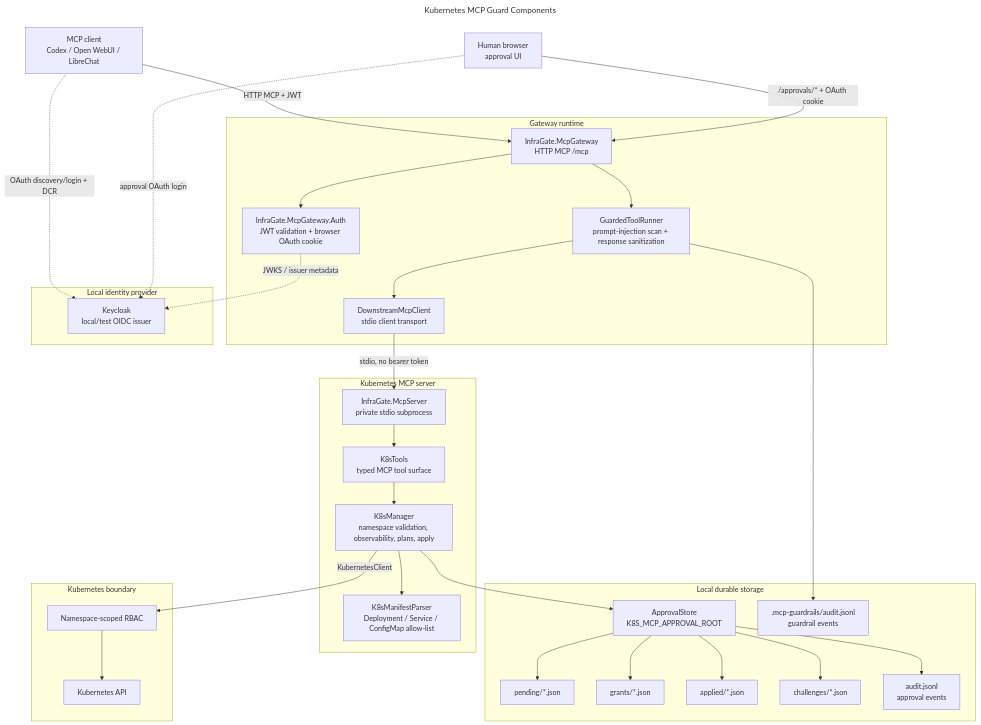
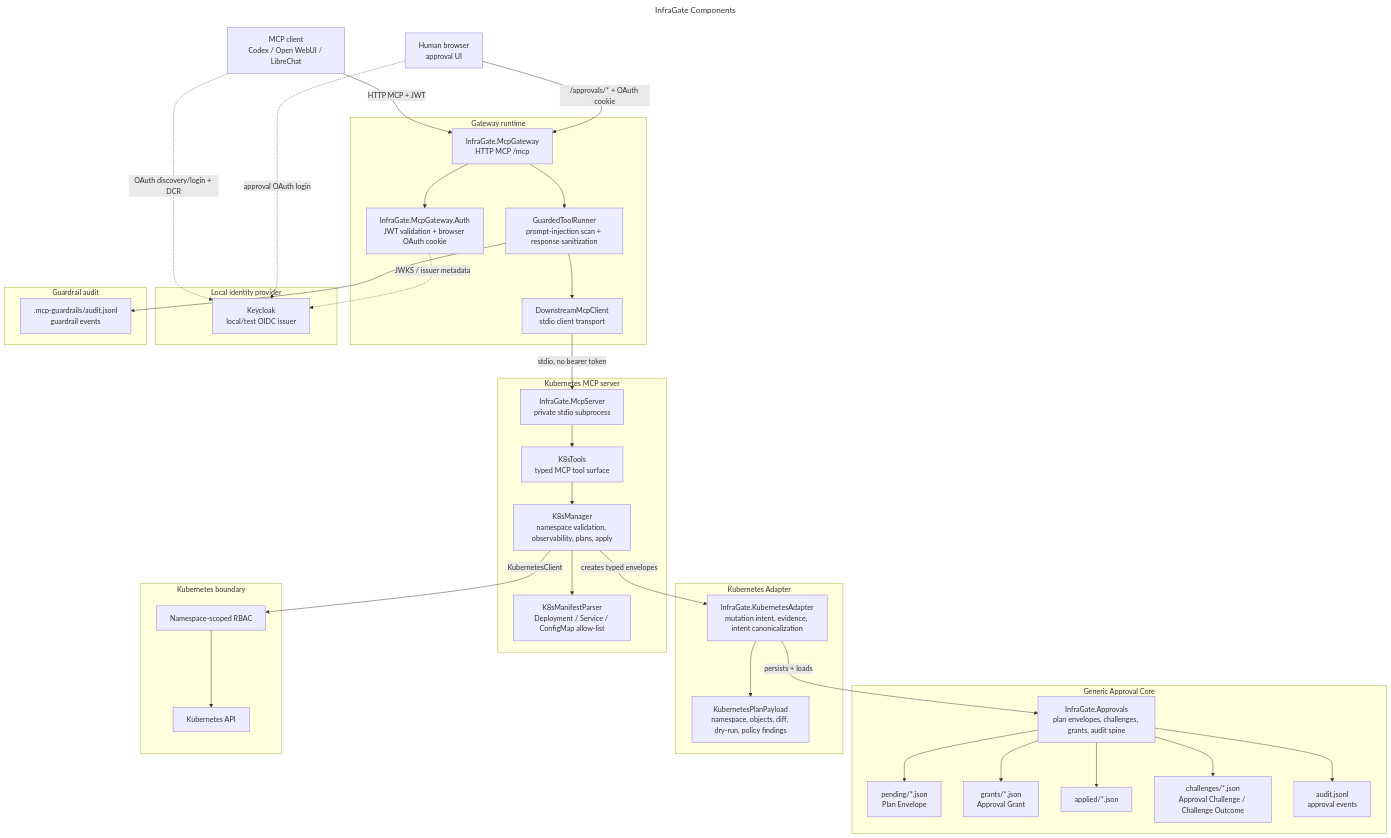
The first of 7 diagrams in docs/architecture.md (mirusser/Kubernetes-MCP-Guard), drawn with Mermaid before and after one commit. The commit also changed other lines of this file and 22 other files, not shown here.

````diff
--- a/docs/architecture.md
+++ b/docs/architecture.md
@@ -12,62 +12,72 @@
 ```mermaid
 ---
-title: Kubernetes MCP Guard Components
+title: InfraGate Components
 ---
 flowchart TB
     Client["MCP client<br/>Codex / Open WebUI / LibreChat"]
     Browser["Human browser<br/>approval UI"]
 
     subgraph GatewayRuntime["Gateway runtime"]
         Gateway["InfraGate.McpGateway<br/>HTTP MCP /mcp"]
         Auth["InfraGate.McpGateway.Auth<br/>JWT validation + browser OAuth cookie"]
         Guardrails["GuardedToolRunner<br/>prompt-injection scan + response sanitization"]
         Downstream["DownstreamMcpClient<br/>stdio client transport"]
         Gateway --> Auth
         Gateway --> Guardrails
         Guardrails --> Downstream
     end
 
     subgraph DevAuth["Local identity provider"]
         Keycloak["Keycloak<br/>local/test OIDC issuer"]
     end
 
+    subgraph GenericCore["Generic Approval Core"]
+        ApprovalStore["InfraGate.Approvals<br/>plan envelopes, challenges, grants, audit spine"]
+        Pending["pending/*.json<br/>Plan Envelope"]
+        Grants["grants/*.json<br/>Approval Grant"]
+        Applied["applied/*.json"]
+        Challenges["challenges/*.json<br/>Approval Challenge / Challenge Outcome"]
+        ApprovalAudit["audit.jsonl<br/>approval events"]
+        ApprovalStore --> Pending
+        ApprovalStore --> Grants
+        ApprovalStore --> Applied
+        ApprovalStore --> Challenges
+        ApprovalStore --> ApprovalAudit
+    end
+
+    subgraph K8sAdapter["Kubernetes Adapter"]
+        Adapter["InfraGate.KubernetesAdapter<br/>mutation intent, evidence, intent canonicalization"]
+        Payload["KubernetesPlanPayload<br/>namespace, objects, diff, dry-run, policy findings"]
+        Adapter --> Payload
+    end
+
     subgraph ServerRuntime["Kubernetes MCP server"]
         Server["InfraGate.McpServer<br/>private stdio subprocess"]
         Tools["K8sTools<br/>typed MCP tool surface"]
         Manager["K8sManager<br/>namespace validation, observability, plans, apply"]
         Parser["K8sManifestParser<br/>Deployment / Service / ConfigMap allow-list"]
         Server --> Tools --> Manager
         Manager --> Parser
     end
 
-    subgraph Storage["Local durable storage"]
-        ApprovalStore["ApprovalStore<br/>K8S_MCP_APPROVAL_ROOT"]
-        Pending["pending/*.json"]
-        Approved["grants/*.json"]
-        Applied["applied/*.json"]
-        Challenges["challenges/*.json"]
-        ApprovalAudit["audit.jsonl<br/>approval events"]
+    subgraph GuardrailStore["Guardrail audit"]
         GuardAudit[".mcp-guardrails/audit.jsonl<br/>guardrail events"]
-        ApprovalStore --> Pending
-        ApprovalStore --> Approved
-        ApprovalStore --> Applied
-        ApprovalStore --> Challenges
-        ApprovalStore --> ApprovalAudit
     end
 
     subgraph Kubernetes["Kubernetes boundary"]
         RBAC["Namespace-scoped RBAC"]
         Api["Kubernetes API"]
         RBAC --> Api
     end
 
     Client -->|"HTTP MCP + JWT"| Gateway
     Browser -->|"/approvals/* + OAuth cookie"| Gateway
     Client -. "OAuth discovery/login + DCR" .-> Keycloak
     Browser -. "approval OAuth login" .-> Keycloak
     Auth -. "JWKS / issuer metadata" .-> Keycloak
     Downstream -->|"stdio, no bearer token"| Server
     Guardrails --> GuardAudit
-    Manager --> ApprovalStore
+    Manager -->|"creates typed envelopes"| Adapter
+    Adapter -->|"persists + loads"| ApprovalStore
     Manager -->|"KubernetesClient"| RBAC
 ```
````
